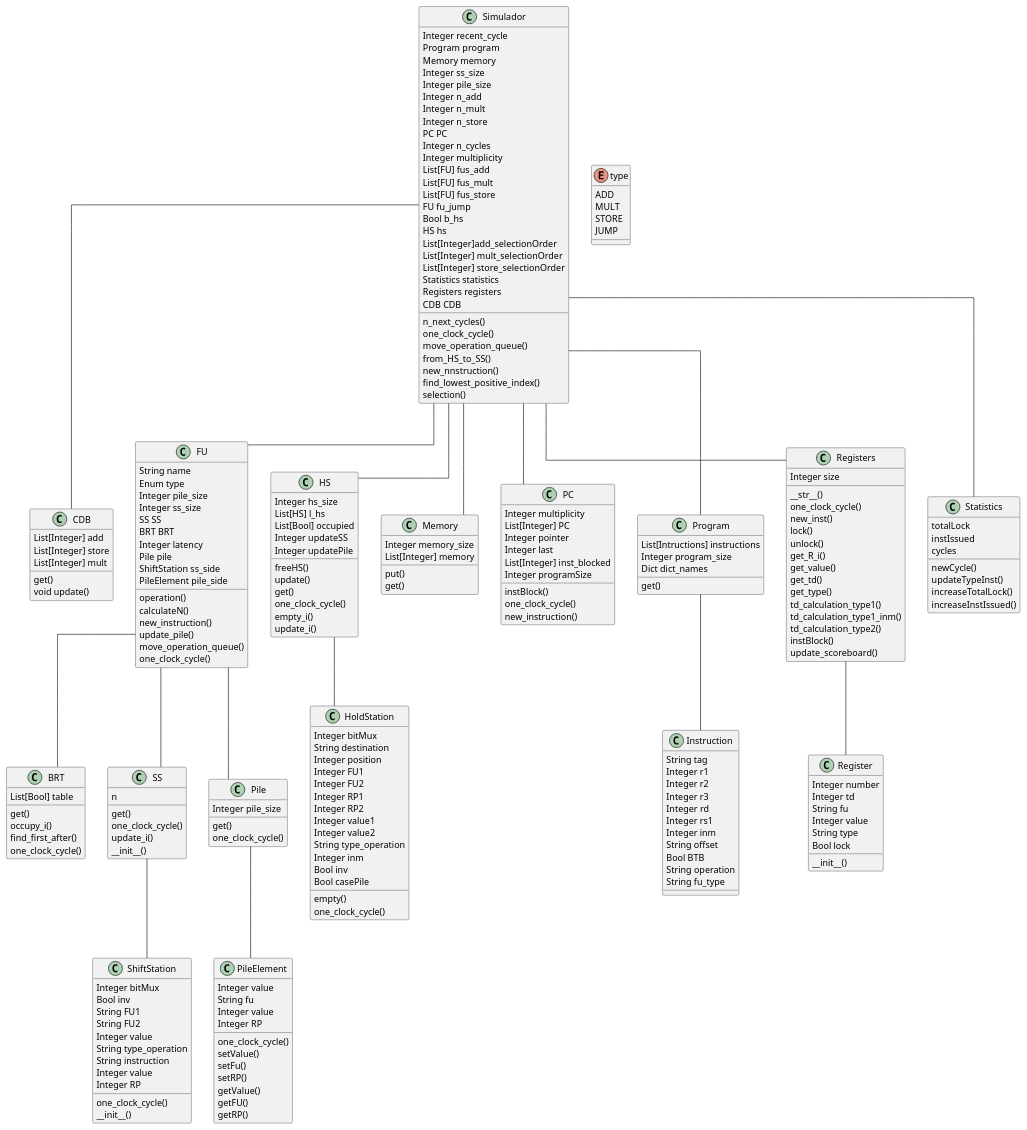
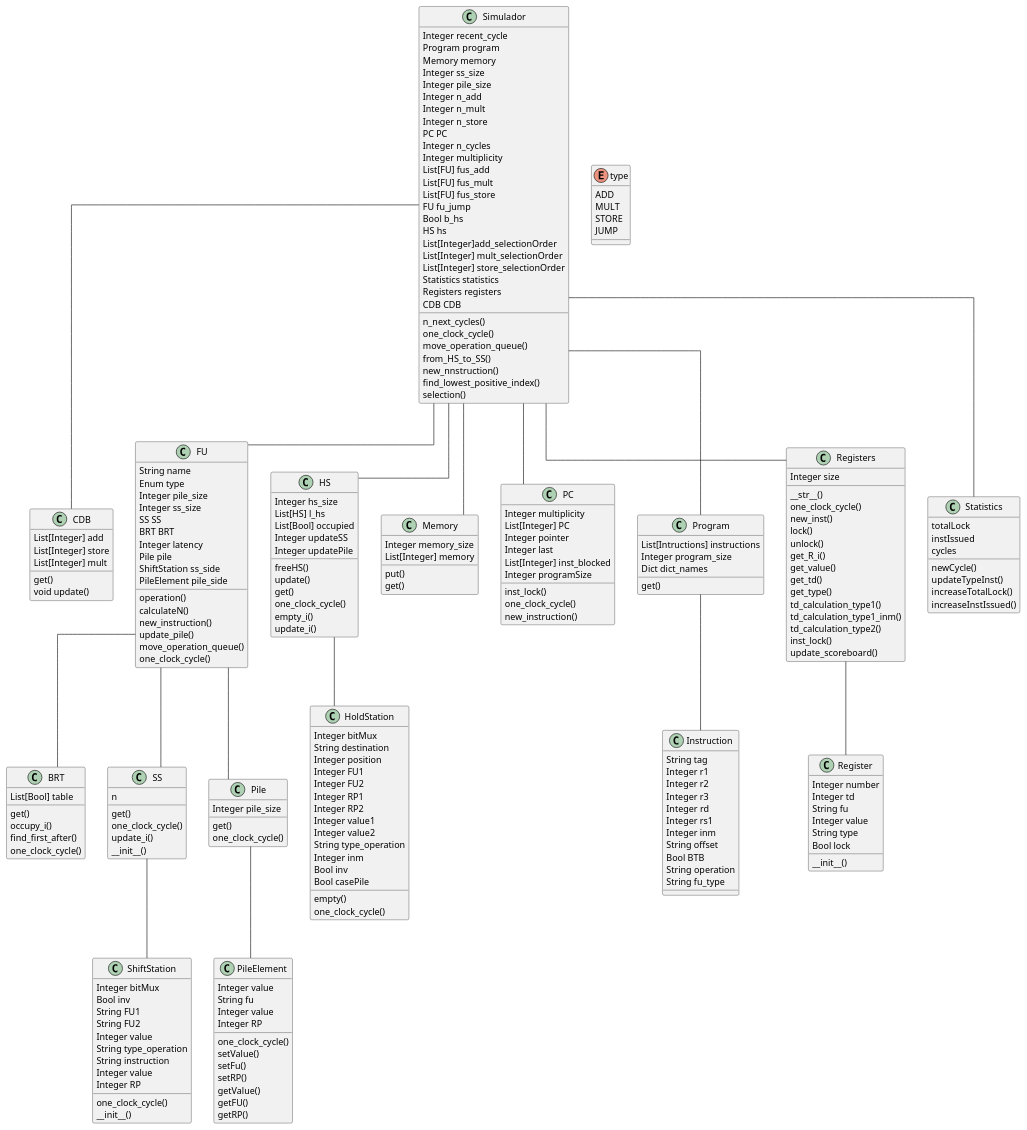
One commit to bellopsal/ChonosPlan changed the diagram in UML/aux.puml. Above: the diagram before and after it, drawn with PlantUML. The commit also changed 9 other files, not shown here.

```diff
--- a/UML/aux.puml
+++ b/UML/aux.puml
@@ -83,7 +83,7 @@
 }
 
 class PC {
-    instBlock()
+    inst_lock()
     one_clock_cycle()
     new_instruction()
         Integer multiplicity
@@ -139,7 +139,7 @@
     td_calculation_type1()
     td_calculation_type1_inm()
     td_calculation_type2()
-    instBlock()
+    inst_lock()
     update_scoreboard()
         Integer size
 
```
